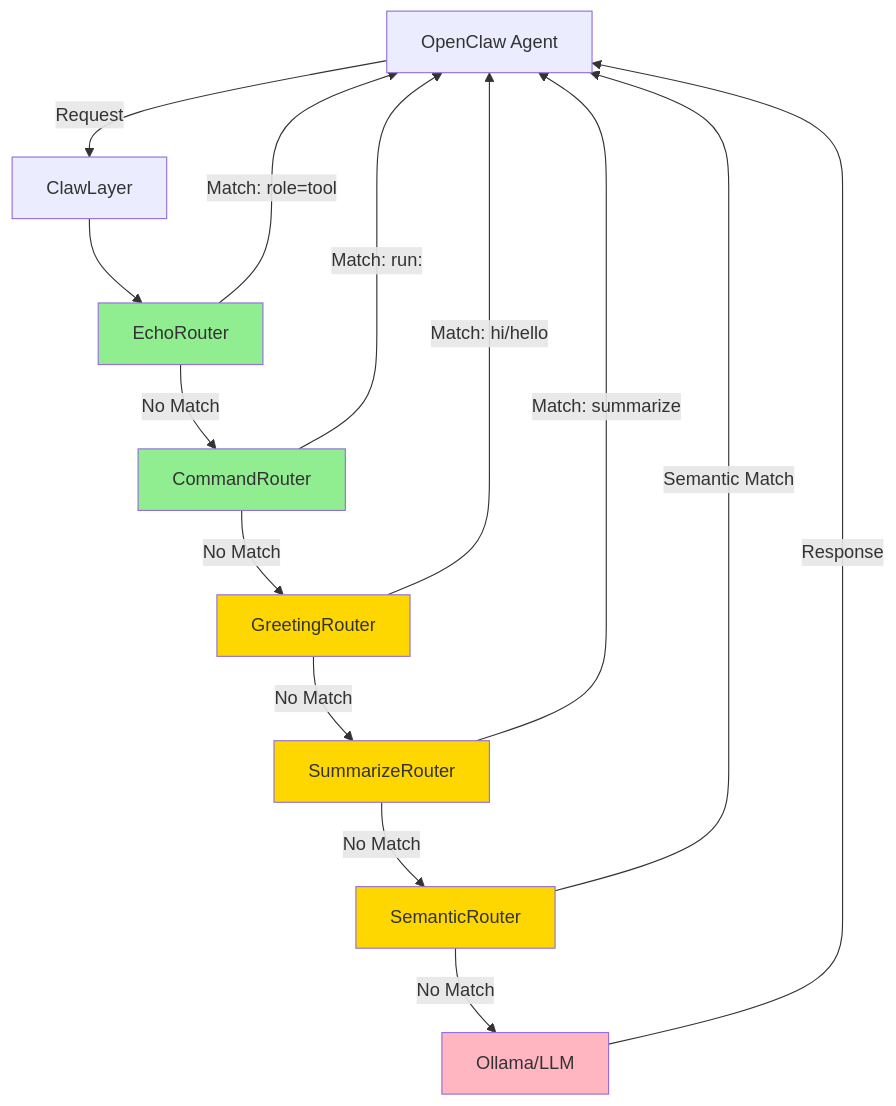
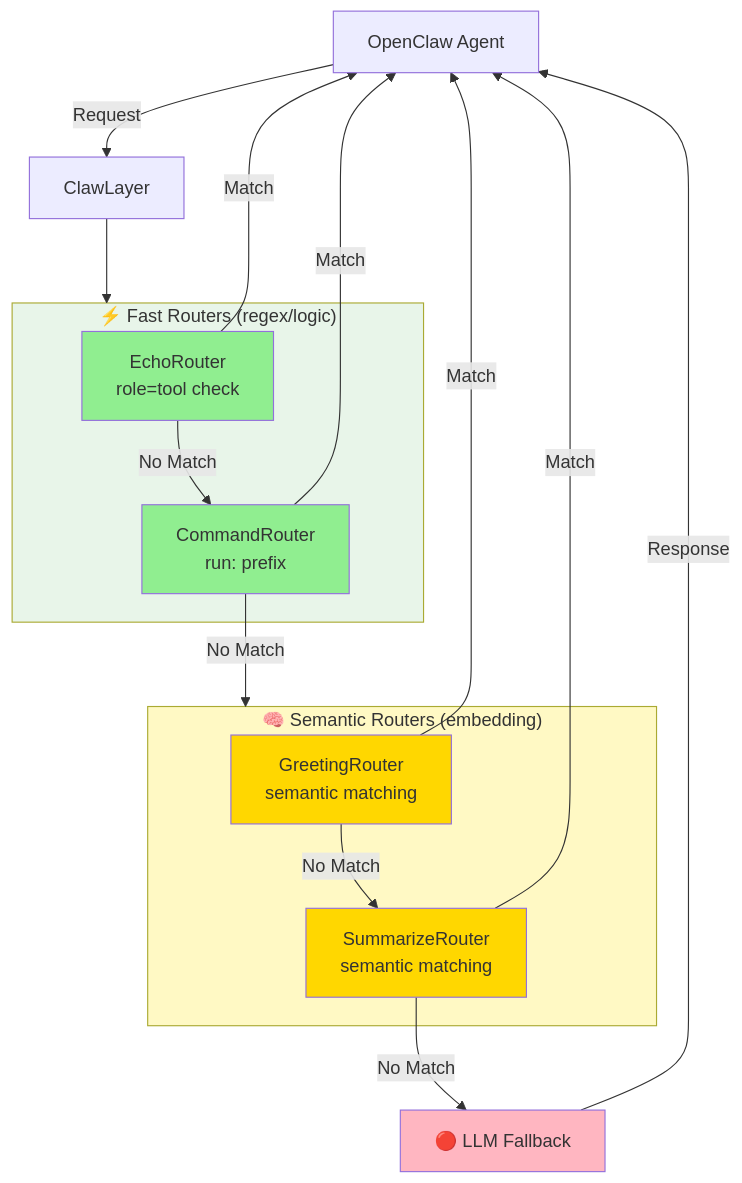
Before and after one commit to neoalienson/ClawLayer: the first of 3 diagrams in README.md, drawn with Mermaid. The commit also changed other lines of this file and 13 other files, not shown here.

````diff
--- a/README.md
+++ b/README.md
@@ -18,32 +18,37 @@
 ```mermaid
 flowchart TB
     Agent[OpenClaw Agent]
     CL[ClawLayer]
-    Echo[EchoRouter]
-    Cmd[CommandRouter]
-    Greet[GreetingRouter]
-    Sum[SummarizeRouter]
-    Sem[SemanticRouter]
-    LLM[Ollama/LLM]
+    
+    subgraph Fast["⚡ Fast Routers (regex/logic)"]
+        Echo[EchoRouter<br/>role=tool check]
+        Cmd[CommandRouter<br/>run: prefix]
+    end
+    
+    subgraph Semantic["🧠 Semantic Routers (embedding)"]
+        Greet[GreetingRouter<br/>semantic matching]
+        Sum[SummarizeRouter<br/>semantic matching]
+    end
+    
+    LLM[🔴 LLM Fallback]
     
     Agent -->|Request| CL
-    CL --> Echo
-    Echo -->|Match: role=tool| Agent
+    CL --> Fast
+    Echo -->|Match| Agent
     Echo -->|No Match| Cmd
-    Cmd -->|Match: run:| Agent
-    Cmd -->|No Match| Greet
-    Greet -->|Match: hi/hello| Agent
+    Cmd -->|Match| Agent
+    Cmd -->|No Match| Semantic
+    Greet -->|Match| Agent
     Greet -->|No Match| Sum
-    Sum -->|Match: summarize| Agent
-    Sum -->|No Match| Sem
-    Sem -->|Semantic Match| Agent
-    Sem -->|No Match| LLM
+    Sum -->|Match| Agent
+    Sum -->|No Match| LLM
     LLM -->|Response| Agent
     
+    style Fast fill:#E8F5E9
+    style Semantic fill:#FFF9C4
     style Echo fill:#90EE90
     style Cmd fill:#90EE90
     style Greet fill:#FFD700
     style Sum fill:#FFD700
-    style Sem fill:#FFD700
     style LLM fill:#FFB6C1
 ```
````
